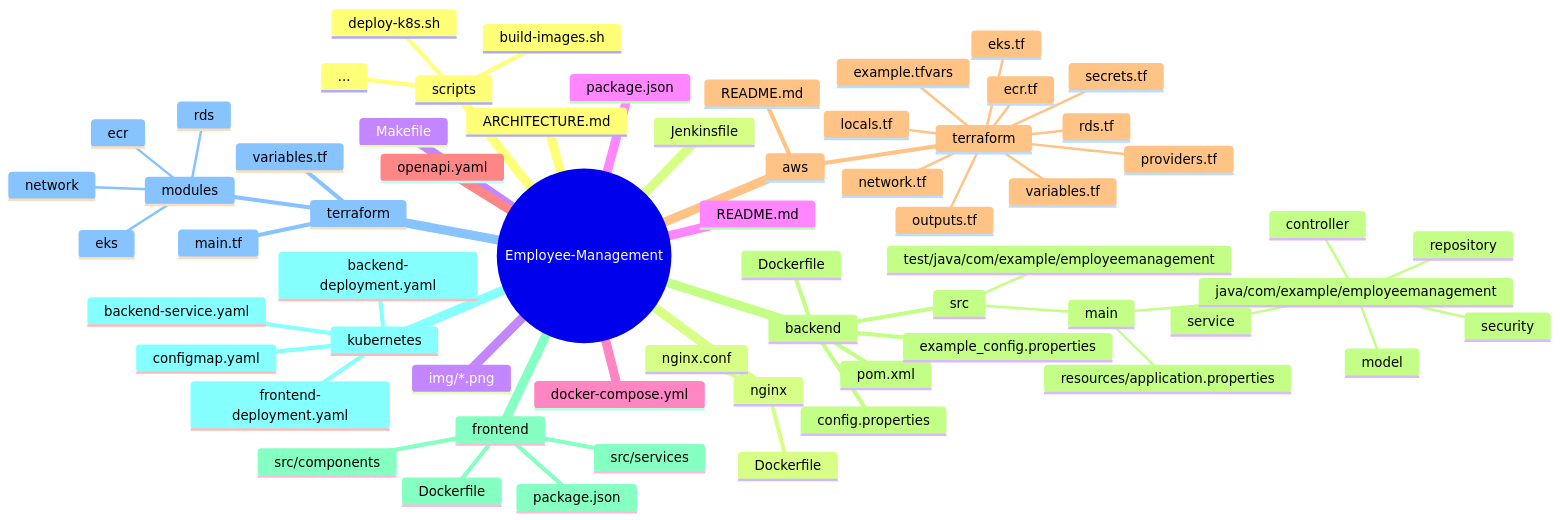
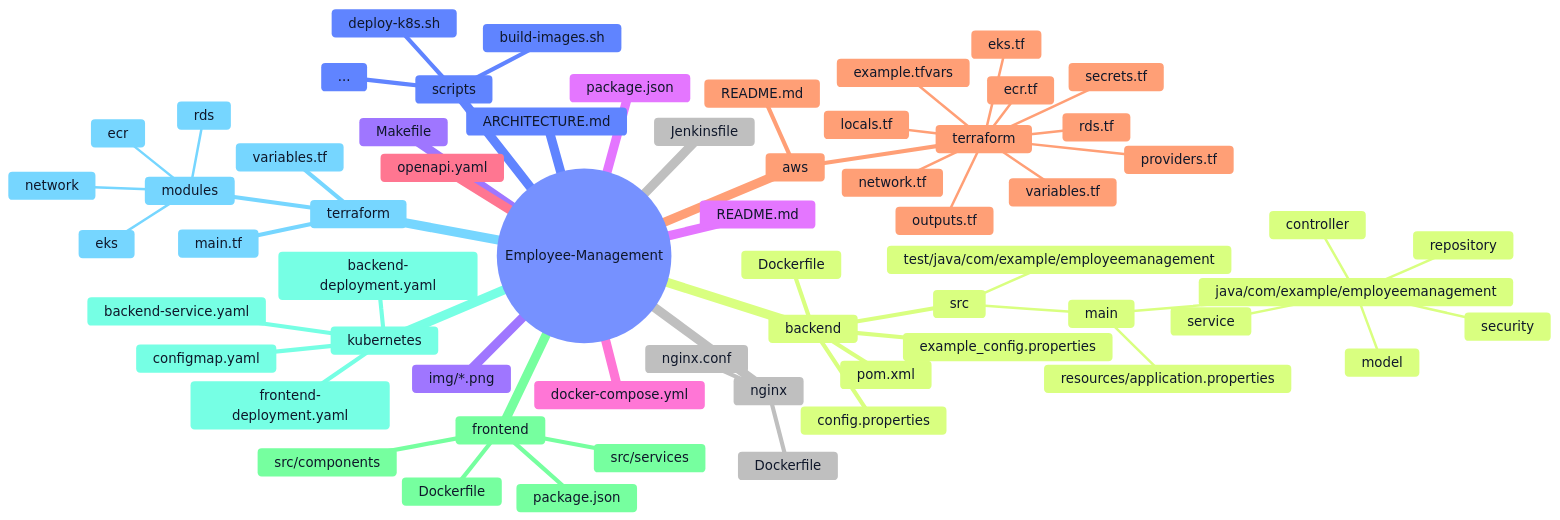
The fourth of 9 diagrams in README.md (Ashh-arch38/employee-management-system), drawn with Mermaid before and after one commit. The commit also changed 1 other file, not shown here.

Commit message:
feat: implement ProtectedRoute component and enhance UI with QuickActions and theme updates

````diff
--- a/README.md
+++ b/README.md
@@ -271,68 +271,75 @@
 ```mermaid
 %%{init: {'theme': 'base', 'themeVariables': {
+  'background': '#ffffff',
+  'primaryColor': '#f5f7ff',
+  'primaryBorderColor': '#1E3C72',
+  'primaryTextColor': '#0f172a',
+  'secondaryColor': '#e0e7ff',
+  'tertiaryColor': '#ffffff',
   'textColor': '#ffffff',
+  'lineColor': '#1E3C72'
 }}}%%
 mindmap
   root((Employee-Management))
     ARCHITECTURE.md
     Jenkinsfile
     Makefile
     README.md
     docker-compose.yml
     openapi.yaml
     aws
       README.md
       terraform
         example.tfvars
         providers.tf
         locals.tf
         network.tf
         eks.tf
         rds.tf
         secrets.tf
         ecr.tf
         outputs.tf
         variables.tf
     backend
       Dockerfile
       pom.xml
       config.properties
       example_config.properties
       src
         main
           java/com/example/employeemanagement
             controller
             service
             repository
             model
             security
           resources/application.properties
         test/java/com/example/employeemanagement
     frontend
       Dockerfile
       package.json
       src/components
       src/services
     kubernetes
       backend-deployment.yaml
       backend-service.yaml
       configmap.yaml
       frontend-deployment.yaml
     terraform
       main.tf
       modules
         network
         eks
         rds
         ecr
       variables.tf
     scripts
       build-images.sh
       deploy-k8s.sh
       ...
     nginx
       Dockerfile
       nginx.conf
     img/*.png
     package.json
 ```
````
